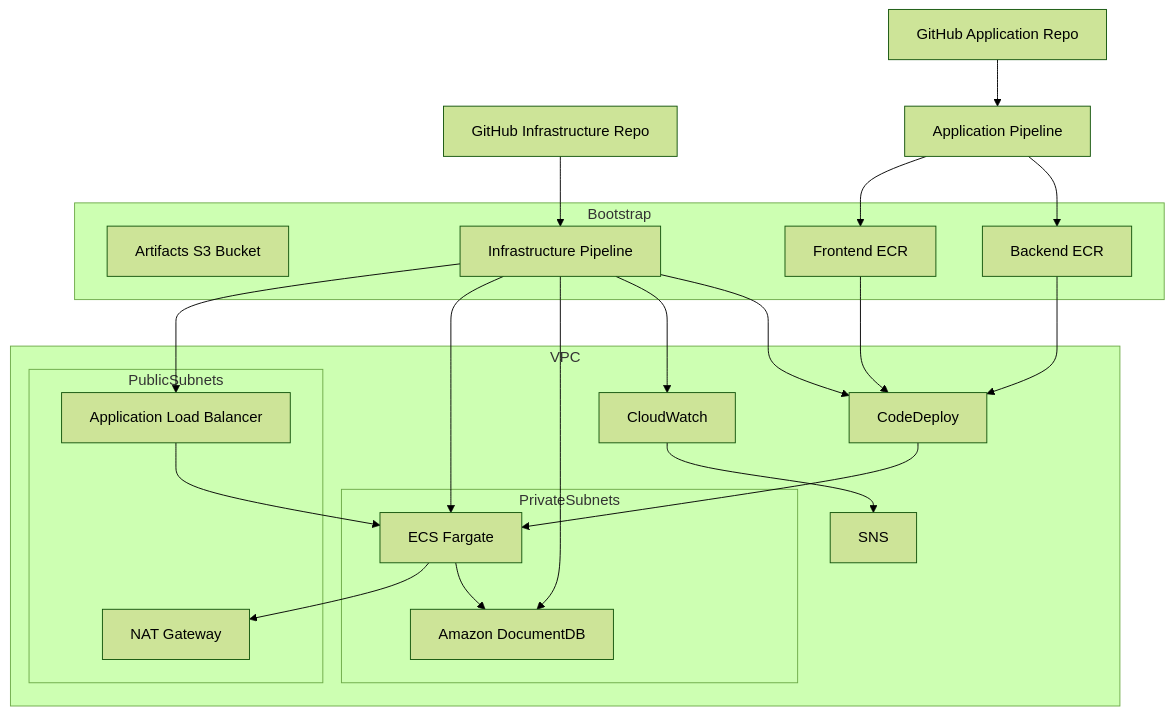
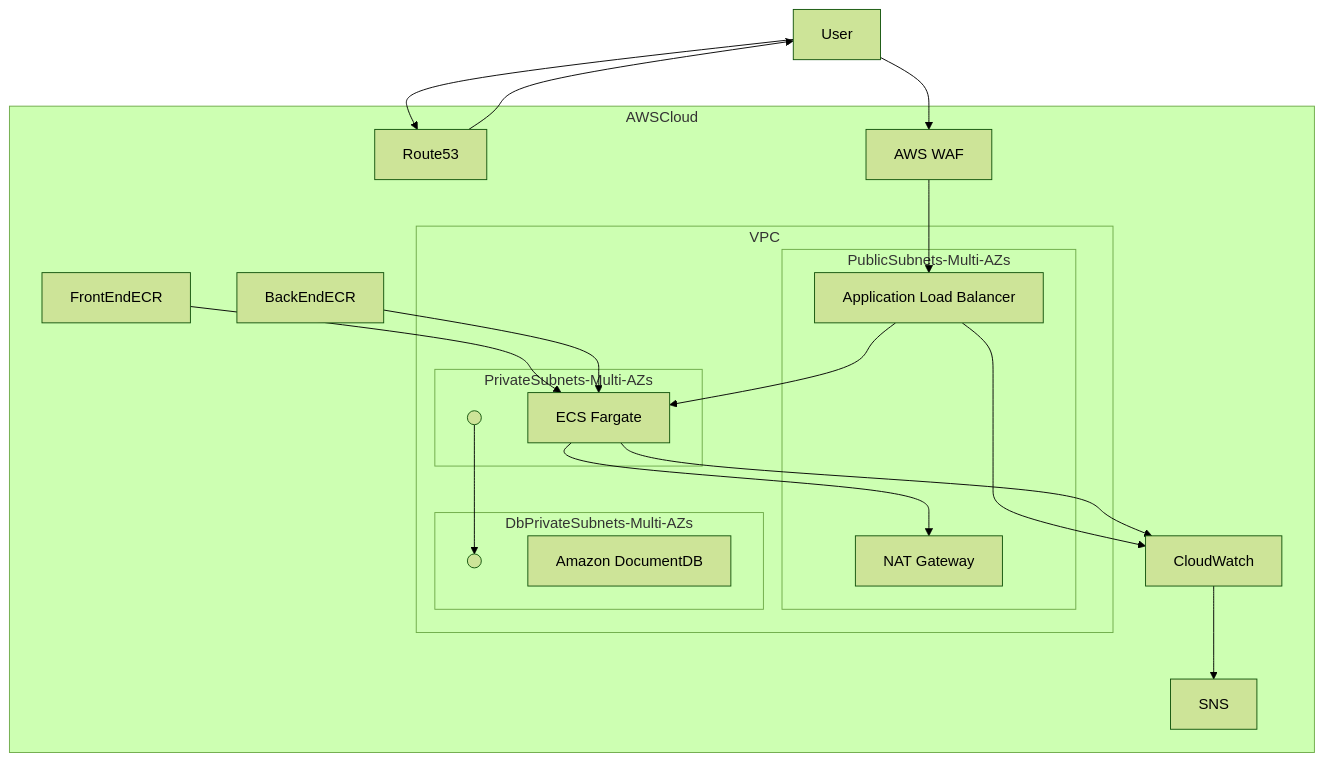
Before and after one commit to phyomauk/terraform-my-web-application: the first of 4 diagrams in README.md, drawn with Mermaid (forest theme). The commit also changed other lines of this file, not shown here.

Commit message:
updated both Archi

````diff
--- a/README.md
+++ b/README.md
@@ -148,54 +148,46 @@
 ```mermaid
 graph TB
 
-GitHubInfra["GitHub Infrastructure Repo"]
-GitHubApp["GitHub Application Repo"]
+   User
+   subgraph AWSCloud
+         Route53
+         WAF[AWS WAF]
+         CloudWatch["CloudWatch"]
+         SNS["SNS"]   
+         FrontEndECR
+         BackEndECR
+      
+         subgraph VPC
+            subgraph PublicSubnets-Multi-AZs
+               ALB["Application Load Balancer"]
+               NAT["NAT Gateway"]
+            end
 
-subgraph Bootstrap
-    ArtifactBucket["Artifacts S3 Bucket"]
-    ECRFrontend["Frontend ECR"]
-    ECRBackend["Backend ECR"]
-    InfraPipeline["Infrastructure Pipeline"]
-end
+            subgraph PrivateSubnets-Multi-AZs
+               A(( ))
+               ECS["ECS Fargate"]
+            end
 
-subgraph VPC
-    subgraph PublicSubnets
-        ALB["Application Load Balancer"]
-        NAT["NAT Gateway"]
-    end
+            subgraph DbPrivateSubnets-Multi-AZs
+               B(( ))
+               DocDB["Amazon DocumentDB"]
+            end
 
-    subgraph PrivateSubnets
-        ECS["ECS Fargate"]
-        DocDB["Amazon DocumentDB"]
-    end
+         end
+         WAF --> ALB
+         ALB --> ECS
+         A --> B
 
-    CloudWatch["CloudWatch"]
-    SNS["SNS"]
-    CodeDeploy["CodeDeploy"]
-end
+         FrontEndECR --> ECS
+         BackEndECR --> ECS
 
-GitHubInfra --> InfraPipeline
 
-GitHubApp --> AppPipeline["Application Pipeline"]
-
-InfraPipeline --> ALB
-InfraPipeline --> ECS
-InfraPipeline --> DocDB
-InfraPipeline --> CloudWatch
-InfraPipeline --> CodeDeploy
-
-AppPipeline --> ECRFrontend
-AppPipeline --> ECRBackend
-
-ECRFrontend --> CodeDeploy
-ECRBackend --> CodeDeploy
-
-CodeDeploy --> ECS
-
-ECS --> NAT
-
-ALB --> ECS
-ECS --> DocDB
-
-CloudWatch --> SNS
+         ECS --> NAT
+         ECS --> CloudWatch
+         ALB --> CloudWatch
+         CloudWatch --> SNS
+   end      
+   User --> Route53
+   Route53 --> User
+   User --> WAF
 ```
````
